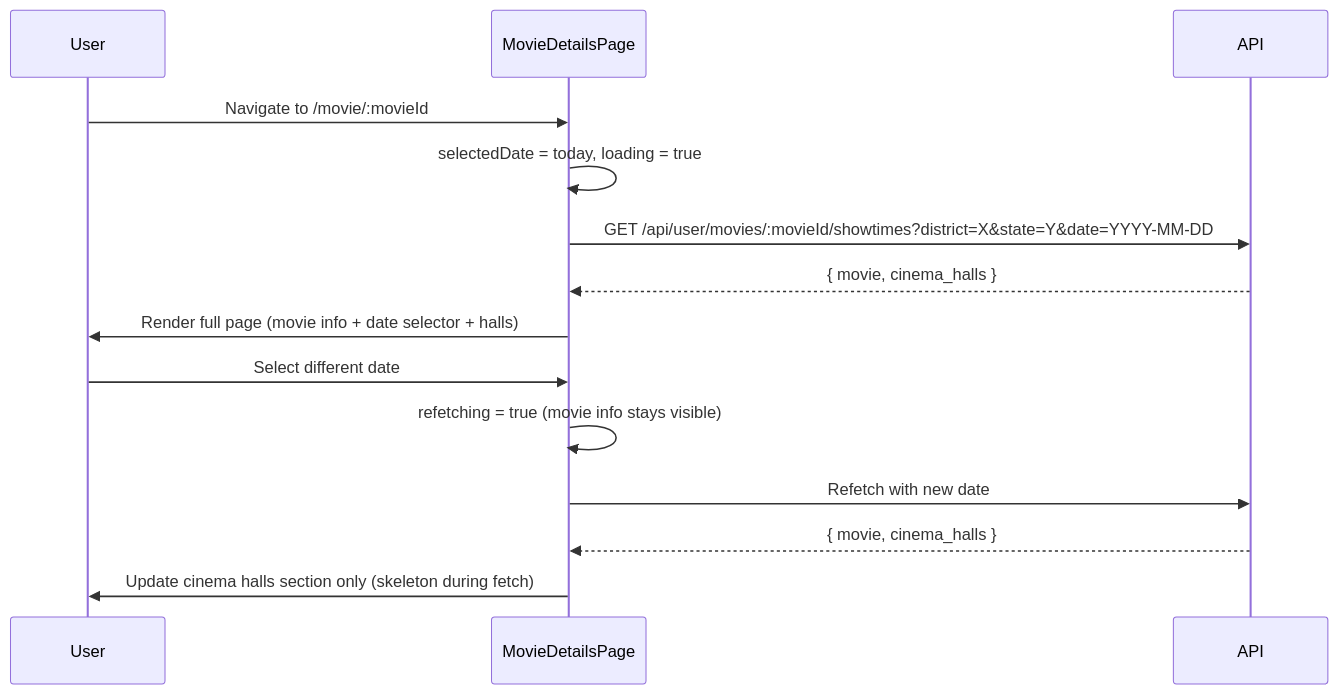
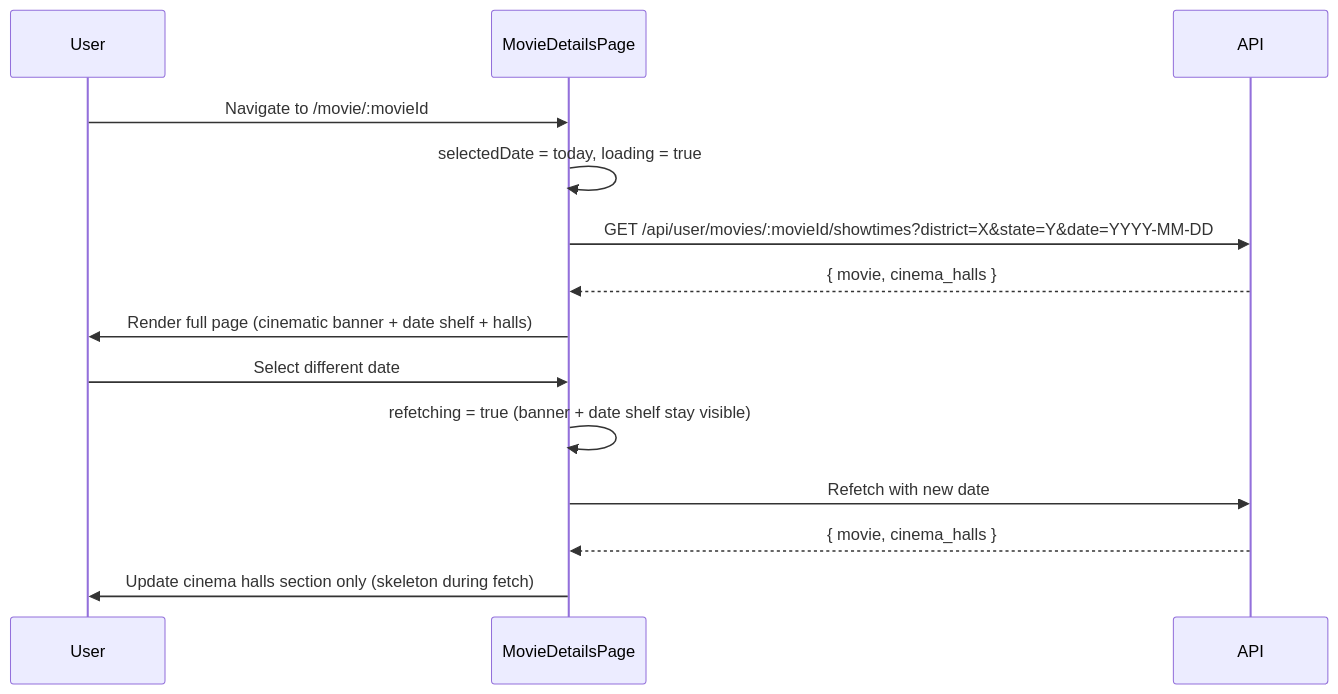
Before and after one commit to hduraimurugan/cinema-app-docs: diagram 18 of 18 in users.md, drawn with Mermaid. The commit also changed other lines of this file and 2 other files, not shown here.

Commit message:
updated docs after show page ui change in admin

````diff
--- a/users.md
+++ b/users.md
@@ -827,18 +848,18 @@
 ```mermaid
 sequenceDiagram
     participant User
     participant MovieDetailsPage
     participant API
 
     User->>MovieDetailsPage: Navigate to /movie/:movieId
     MovieDetailsPage->>MovieDetailsPage: selectedDate = today, loading = true
     MovieDetailsPage->>API: GET /api/user/movies/:movieId/showtimes?district=X&state=Y&date=YYYY-MM-DD
     API-->>MovieDetailsPage: { movie, cinema_halls }
-    MovieDetailsPage->>User: Render full page (movie info + date selector + halls)
+    MovieDetailsPage->>User: Render full page (cinematic banner + date shelf + halls)
 
     User->>MovieDetailsPage: Select different date
-    MovieDetailsPage->>MovieDetailsPage: refetching = true (movie info stays visible)
+    MovieDetailsPage->>MovieDetailsPage: refetching = true (banner + date shelf stay visible)
     MovieDetailsPage->>API: Refetch with new date
     API-->>MovieDetailsPage: { movie, cinema_halls }
     MovieDetailsPage->>User: Update cinema halls section only (skeleton during fetch)
 ```
````
